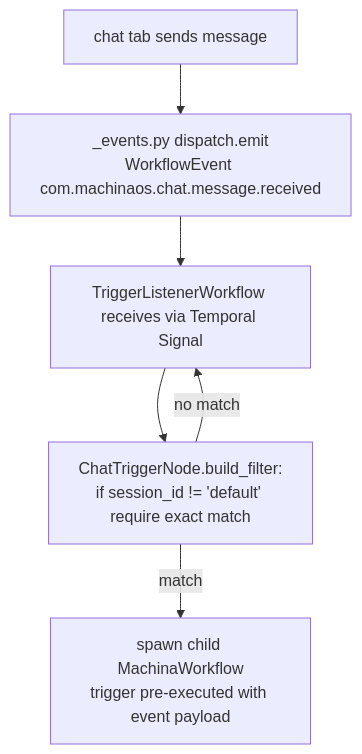
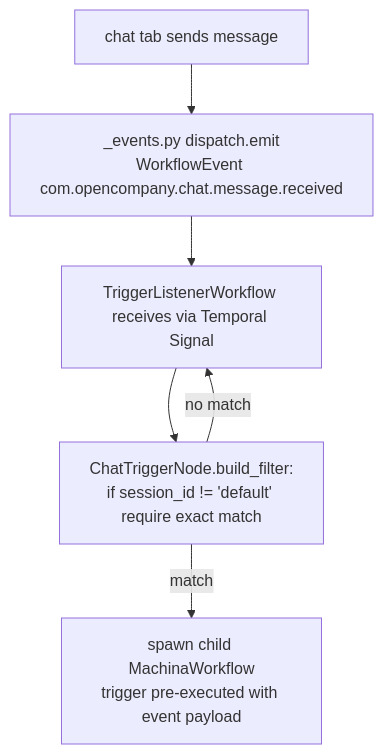
The diagram in docs-internal/node-logic-flows/workflow_triggers/chatTrigger.md (zeenie-ai/OpenCompany), drawn with Mermaid before and after one commit. The commit also changed other lines of this file and 405 other files, not shown here.

````diff
--- a/docs-internal/node-logic-flows/workflow_triggers/chatTrigger.md
+++ b/docs-internal/node-logic-flows/workflow_triggers/chatTrigger.md
@@ -62,8 +62,8 @@
 ```mermaid
 flowchart TD
-  P[chat tab sends message] --> Q[_events.py dispatch.emit<br/>WorkflowEvent com.machinaos.chat.message.received]
+  P[chat tab sends message] --> Q[_events.py dispatch.emit<br/>WorkflowEvent com.opencompany.chat.message.received]
   Q --> R[TriggerListenerWorkflow receives via Temporal Signal]
   R --> S[ChatTriggerNode.build_filter:<br/>if session_id != 'default' require exact match]
   S -- match --> T[spawn child MachinaWorkflow<br/>trigger pre-executed with event payload]
   S -- no match --> R
 ```
````
